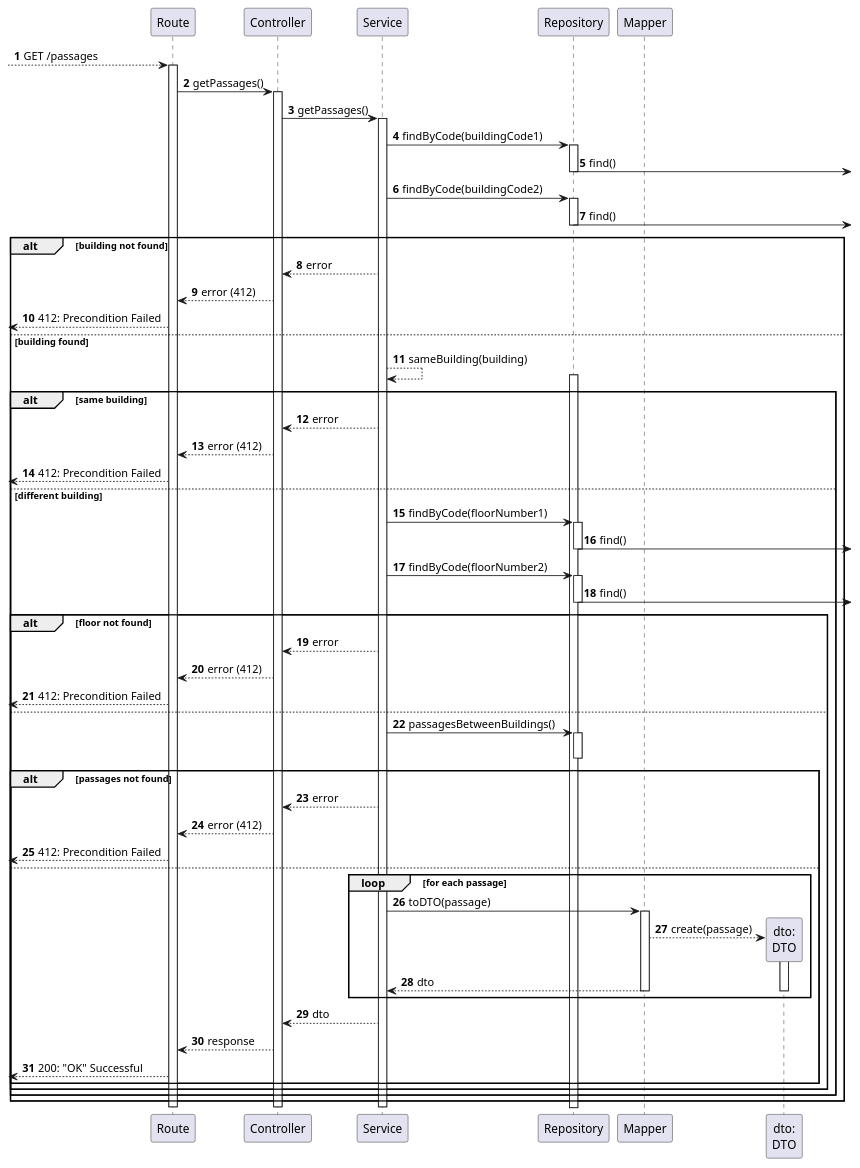
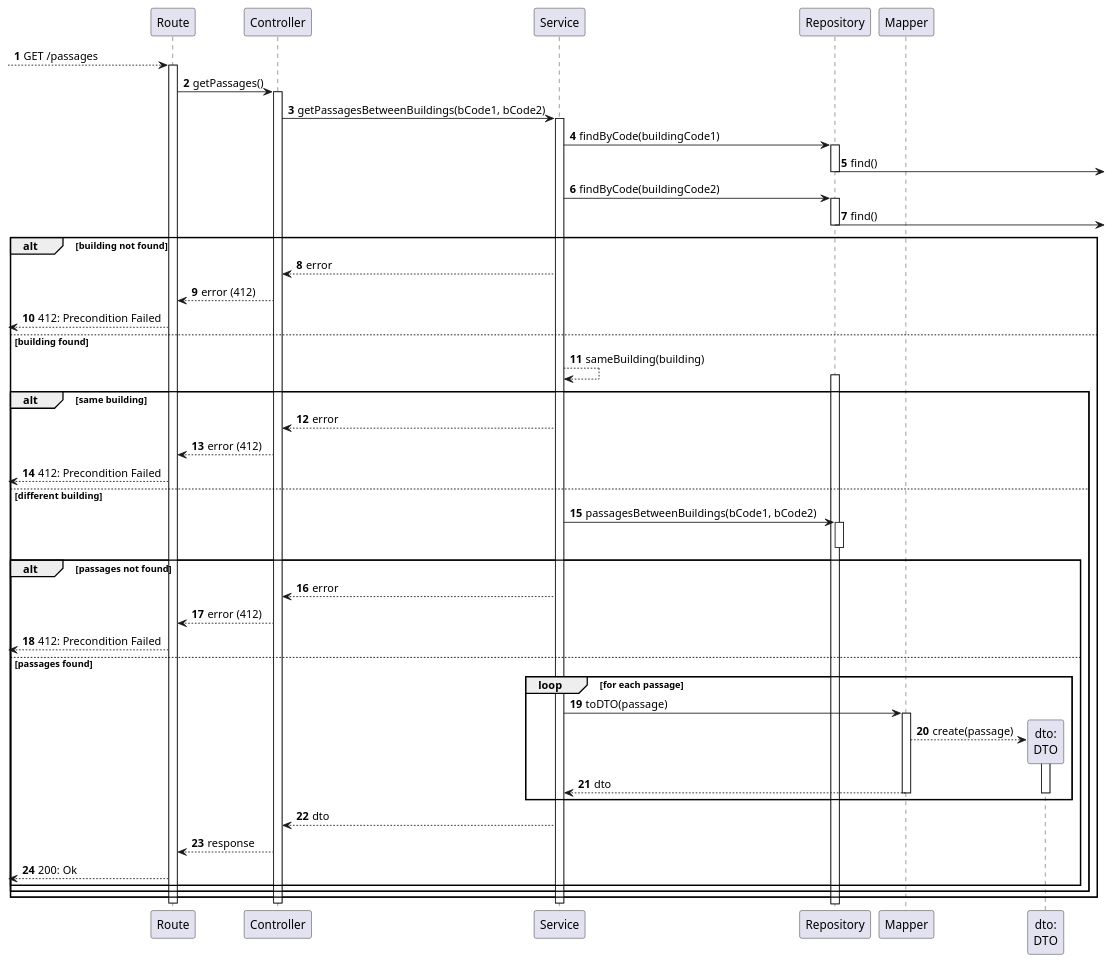
One commit to Departamento-de-Engenharia-Informatica/lapr5-23-24-g19 changed the diagram in docs/us260/level3/process-view-between2buildings.puml. Above: the diagram before and after it, drawn with PlantUML. The commit also changed 3 other files, not shown here.

```diff
--- a/docs/us260/level3/process-view-between2buildings.puml
+++ b/docs/us260/level3/process-view-between2buildings.puml
@@ -1,91 +1,75 @@
 @startuml
 autonumber
 
 participant "Route" as r
 participant "Controller" as ctrl
 participant "Service" as svc
 participant "Repository" as repo
 
 participant "Mapper" as map
 participant "dto:\nDTO" as dto
 
 
 [--> r : GET /passages
 activate r
 
     r -> ctrl : getPassages()
     activate ctrl
 
-        ctrl -> svc : getPassages()
+        ctrl -> svc : getPassagesBetweenBuildings(bCode1, bCode2)
         activate svc
 
             svc -> repo : findByCode(buildingCode1)
             activate repo
                 repo ->] : find()
             deactivate repo
 
             svc -> repo : findByCode(buildingCode2)
             activate repo
                 repo ->] : find()
             deactivate repo
 
             alt building not found
                 svc --> ctrl : error
                 ctrl --> r : error (412)
                 [<-- r : 412: Precondition Failed
             else building found
                 svc --> svc : sameBuilding(building)
                 activate repo
                 deactivate repo
 
                 alt same building
                     svc --> ctrl : error
                     ctrl --> r : error (412)
                     [<-- r : 412: Precondition Failed
                 else different building
-                    svc -> repo : findByCode(floorNumber1)
+                    svc -> repo : passagesBetweenBuildings(bCode1, bCode2)
                     activate repo
-                        repo ->] : find()
                     deactivate repo
 
-                    svc -> repo : findByCode(floorNumber2)
-                    activate repo
-                        repo ->] : find()
-                    deactivate repo
-
-                    alt floor not found
+                    alt passages not found
                         svc --> ctrl : error
                         ctrl --> r : error (412)
                         [<-- r : 412: Precondition Failed
-                    else
-                        svc -> repo : passagesBetweenBuildings()
-                        activate repo
-                        deactivate repo
+                    else passages found
+                        loop for each passage
+                             svc -> map : toDTO(passage)
+                            activate map
+                                map --> dto** : create(passage)
+                                activate dto
+                                    map --> svc : dto
+                                deactivate dto
+                            deactivate map
+                        end loop
 
-                        alt passages not found
-                            svc --> ctrl : error
-                            ctrl --> r : error (412)
-                            [<-- r : 412: Precondition Failed
-                        else
-                            loop for each passage
-                                 svc -> map : toDTO(passage)
-                                activate map
-                                    map --> dto** : create(passage)
-                                    activate dto
-                                        map --> svc : dto
-                                    deactivate dto
-                                deactivate map
-                            end loop
-
-                            svc --> ctrl : dto
-                            ctrl --> r : response
-                            [<-- r : 200: "OK" Successful
-                        end
+                        svc --> ctrl : dto
+                        ctrl --> r : response
+                        [<-- r : 200: Ok
                     end
                 end
             end
         deactivate svc
     deactivate ctrl
 deactivate r
 
 @enduml
```
